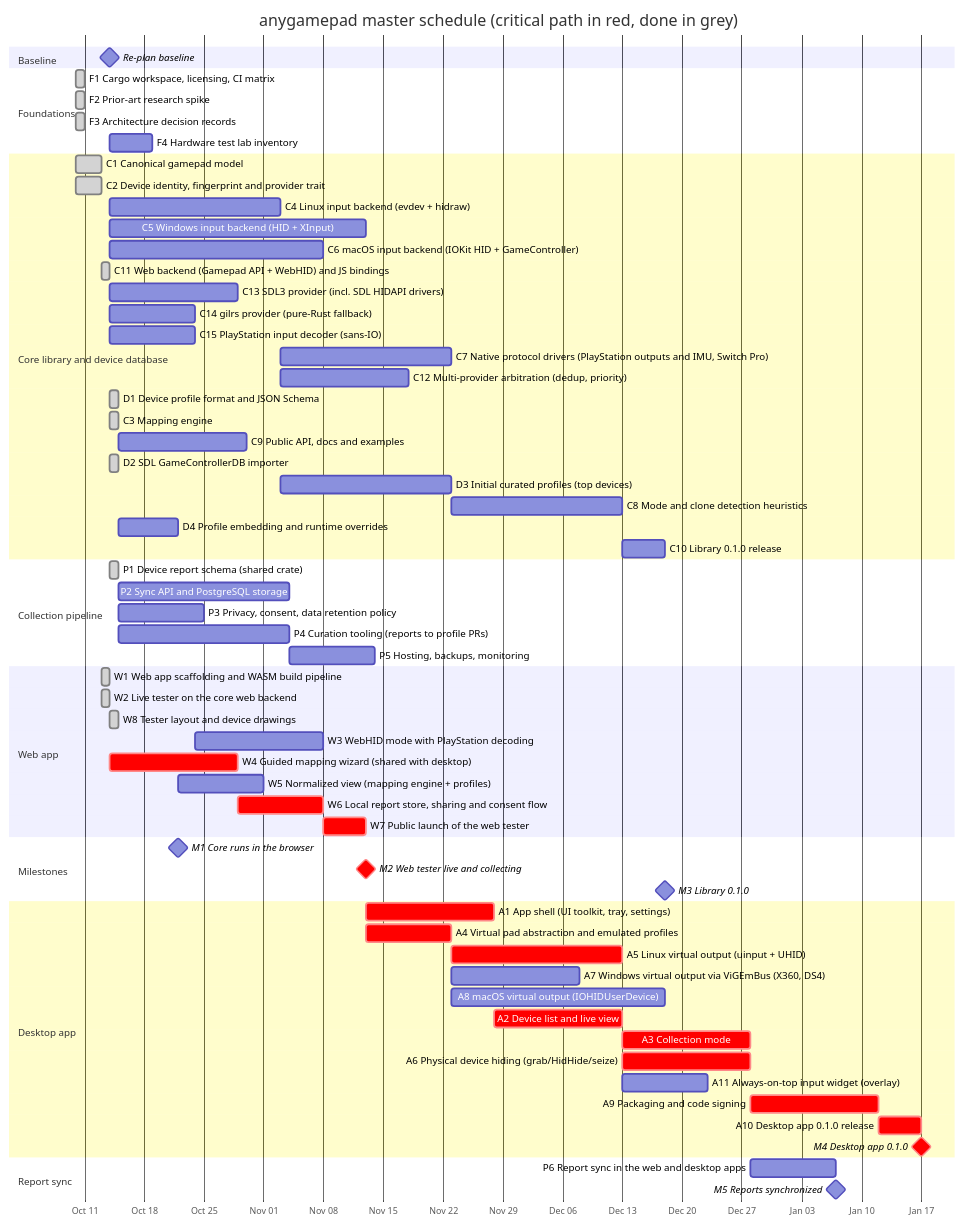
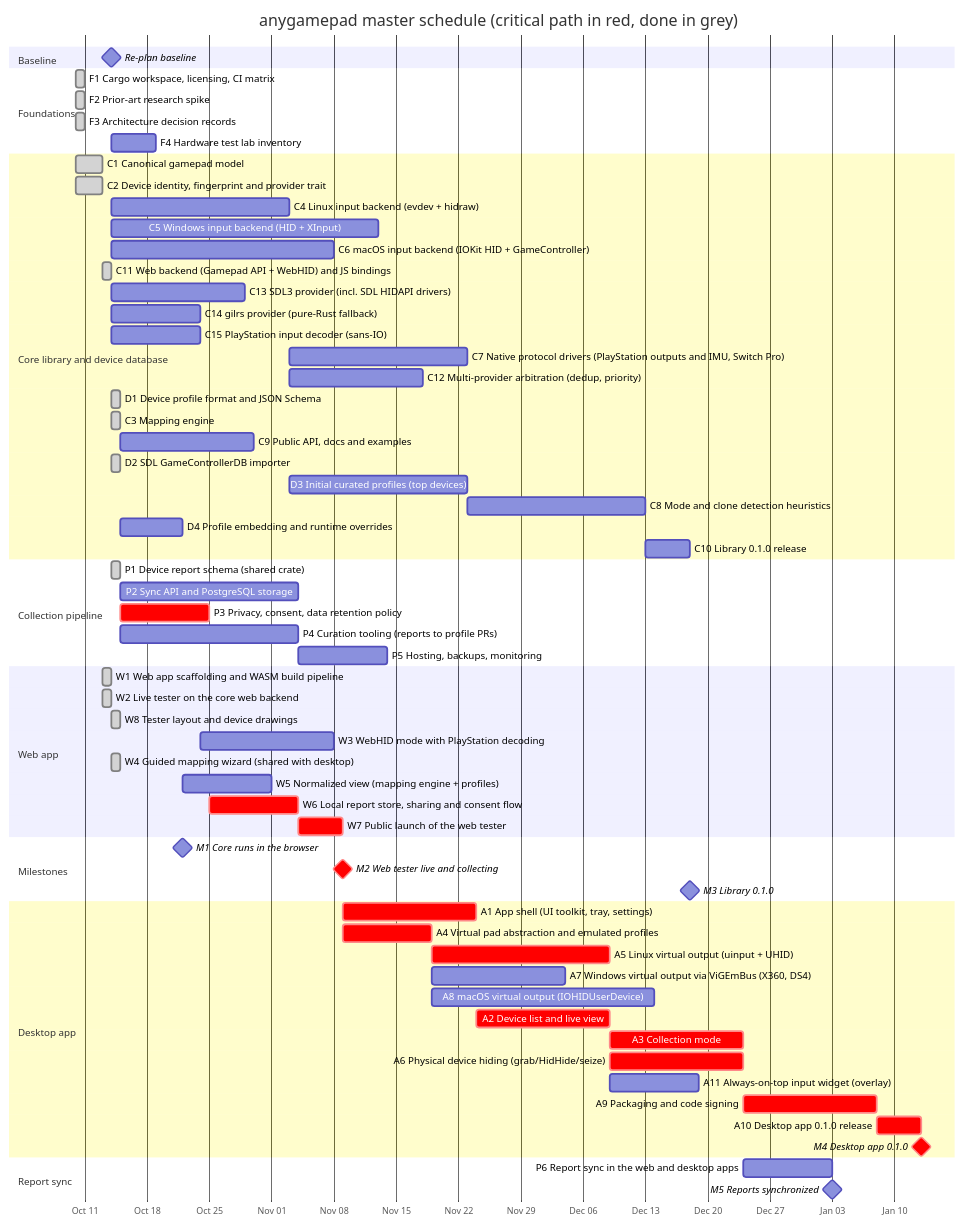
The second of 3 diagrams in ROADMAP/2026-10-14/README.md (anygamepad/anygamepad.github.io), drawn with Mermaid before and after one commit. The commit also changed other lines of this file and 28 other files, not shown here.

````diff
--- a/ROADMAP/2026-10-14/README.md
+++ b/ROADMAP/2026-10-14/README.md
@@ -186,68 +192,68 @@
 ```mermaid
 gantt
     dateFormat YYYY-MM-DD
     axisFormat %b %d
     title anygamepad master schedule (critical path in red, done in grey)
     section Baseline
     Re-plan baseline :milestone, t0, 2026-10-14, 0d
     section Foundations
     F1 Cargo workspace, licensing, CI matrix :done, f1, 2026-10-10, 1d
     F2 Prior-art research spike :done, f2, 2026-10-10, 1d
     F3 Architecture decision records :done, f3, 2026-10-10, 1d
     F4 Hardware test lab inventory :f4, after f2 t0, 5d
     section Core library and device database
     C1 Canonical gamepad model :done, c1, 2026-10-10, 3d
     C2 Device identity, fingerprint and provider trait :done, c2, 2026-10-10, 3d
     C4 Linux input backend (evdev + hidraw) :c4, after c1 c2 t0, 20d
     C5 Windows input backend (HID + XInput) :c5, after c1 c2 t0, 30d
     C6 macOS input backend (IOKit HID + GameController) :c6, after c1 c2 t0, 25d
     C11 Web backend (Gamepad API + WebHID) and JS bindings :done, c11, 2026-10-13, 1d
     C13 SDL3 provider (incl. SDL HIDAPI drivers) :c13, after c1 c2 t0, 15d
     C14 gilrs provider (pure-Rust fallback) :c14, after c1 c2 t0, 10d
     C15 PlayStation input decoder (sans-IO) :c15, after c1 c2 t0, 10d
     C7 Native protocol drivers (PlayStation outputs and IMU, Switch Pro) :c7, after c4 c15, 20d
     C12 Multi-provider arbitration (dedup, priority) :c12, after c4 c13, 15d
     D1 Device profile format and JSON Schema :done, d1, 2026-10-14, 1d
     C3 Mapping engine :done, c3, 2026-10-14, 1d
     C9 Public API, docs and examples :c9, after c3, 15d
     D2 SDL GameControllerDB importer :done, d2, 2026-10-14, 1d
     D3 Initial curated profiles (top devices) :d3, after d1 c4 f4, 20d
     C8 Mode and clone detection heuristics :c8, after c3 c4 d3, 20d
     D4 Profile embedding and runtime overrides :d4, after d1 c3, 7d
     C10 Library 0.1.0 release :c10, after c5 c6 c7 c8 c9 c11 c12 c14 d4, 5d
     section Collection pipeline
     P1 Device report schema (shared crate) :done, p1, 2026-10-14, 1d
     P2 Sync API and PostgreSQL storage :p2, after p1 t0, 20d
-    P3 Privacy, consent, data retention policy :p3, after p1 t0, 10d
+    P3 Privacy, consent, data retention policy :crit, p3, after p1 t0, 10d
     P4 Curation tooling (reports to profile PRs) :p4, after p1 d1 t0, 20d
     P5 Hosting, backups, monitoring :p5, after p2, 10d
     section Web app
     W1 Web app scaffolding and WASM build pipeline :done, w1, 2026-10-13, 1d
     W2 Live tester on the core web backend :done, w2, 2026-10-13, 1d
     W8 Tester layout and device drawings :done, w8, 2026-10-14, 1d
     W3 WebHID mode with PlayStation decoding :w3, after w2 c15 w8, 15d
-    W4 Guided mapping wizard (shared with desktop) :crit, w4, after w2 t0, 15d
+    W4 Guided mapping wizard (shared with desktop) :done, w4, 2026-10-14, 1d
     W5 Normalized view (mapping engine + profiles) :w5, after w2 c3 d2 d4, 10d
     W6 Local report store, sharing and consent flow :crit, w6, after w4 p1 p3, 10d
     W7 Public launch of the web tester :crit, w7, after w5 w6, 5d
     section Milestones
     M1 Core runs in the browser :milestone, m1, after c3 c11 d4, 0d
     M2 Web tester live and collecting :milestone, crit, m2, after w7, 0d
     M3 Library 0.1.0 :milestone, m3, after c10, 0d
     section Desktop app
     A1 App shell (UI toolkit, tray, settings) :crit, a1, after f3 m2, 15d
     A4 Virtual pad abstraction and emulated profiles :crit, a4, after c1 m2, 10d
     A5 Linux virtual output (uinput + UHID) :crit, a5, after a4 c4, 20d
     A7 Windows virtual output via ViGEmBus (X360, DS4) :a7, after a4 c5, 15d
     A8 macOS virtual output (IOHIDUserDevice) :a8, after a4 c6, 25d
     A2 Device list and live view :crit, a2, after a1 c4, 15d
     A3 Collection mode :crit, a3, after a2 w4 p1 p3, 15d
     A6 Physical device hiding (grab/HidHide/seize) :crit, a6, after a5 c5 c6, 15d
     A11 Always-on-top input widget (overlay) :a11, after a2, 10d
     A9 Packaging and code signing :crit, a9, after a3 a6 a7 a8 a11, 15d
     A10 Desktop app 0.1.0 release :crit, a10, after a9 c10, 5d
     M4 Desktop app 0.1.0 :milestone, crit, m4, after a10, 0d
     section Report sync
     P6 Report sync in the web and desktop apps :p6, after p2 w6 a3, 10d
     M5 Reports synchronized :milestone, m5, after p5 p6, 0d
 ```
````
